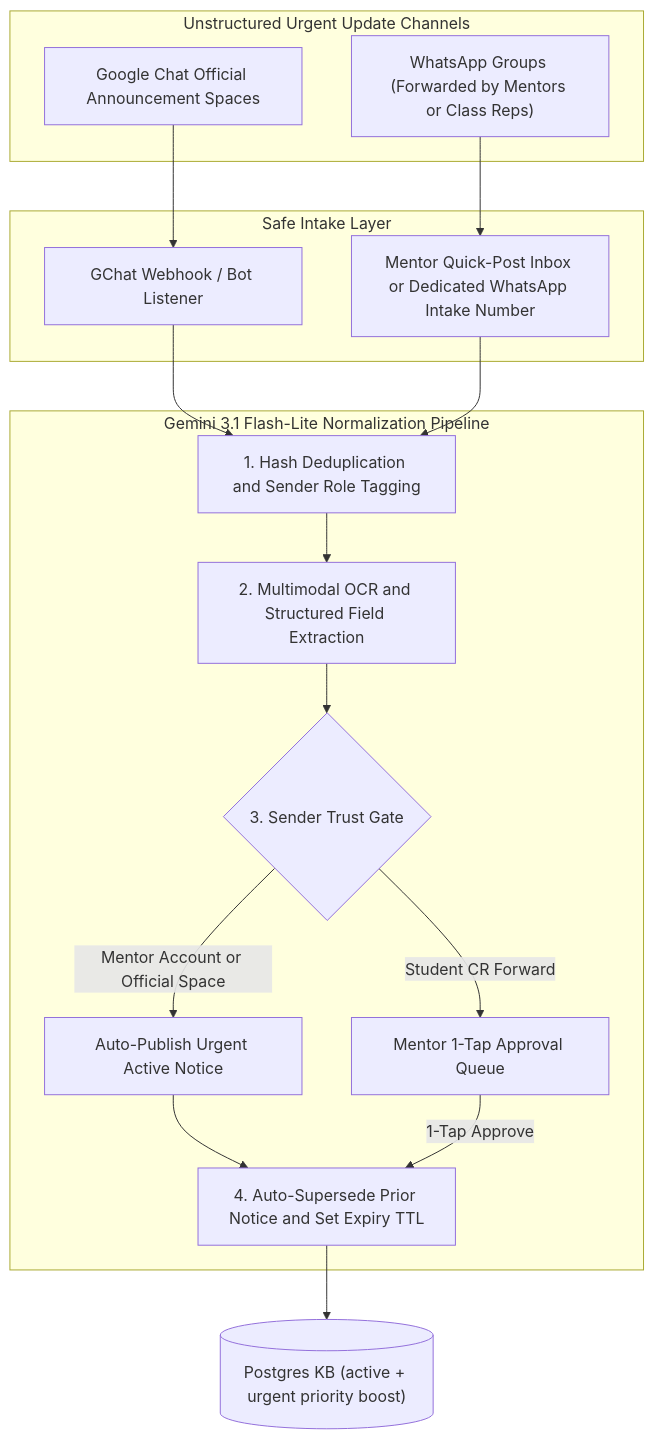
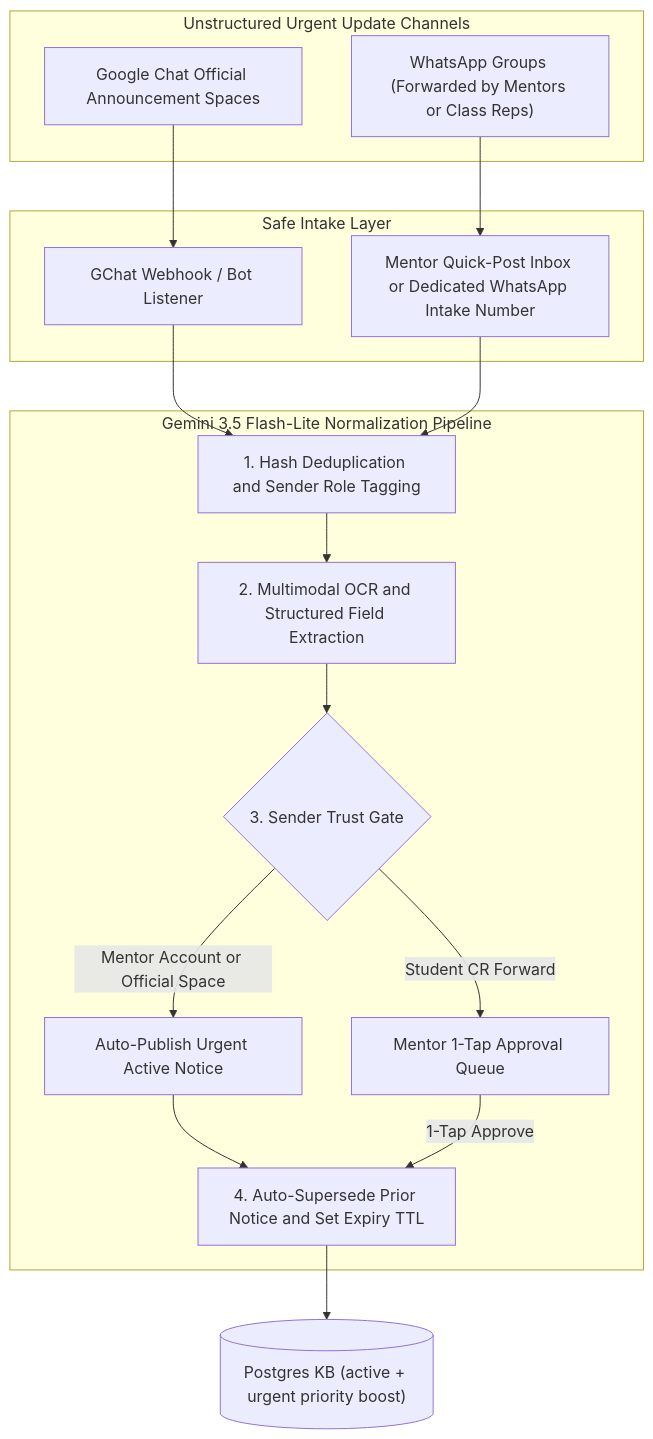
The first of 2 diagrams in docs/DATA_SOURCES.md (swarit-soni/infochat), drawn with Mermaid before and after one commit. The commit also changed other lines of this file and 12 other files, not shown here.

First line of the commit message:
feat(model): switch fixed LLM to Gemini 3.5 Flash-Lite (#17)

````diff
--- a/docs/DATA_SOURCES.md
+++ b/docs/DATA_SOURCES.md
@@ -119,30 +119,30 @@
 ```mermaid
 flowchart TD
     subgraph Channels["Unstructured Urgent Update Channels"]
         GC["Google Chat Official Announcement Spaces"]
         WA["WhatsApp Groups (Forwarded by Mentors or Class Reps)"]
     end
 
     subgraph Intake["Safe Intake Layer"]
         GCBOT["GChat Webhook / Bot Listener"]
         WAIN["Mentor Quick-Post Inbox or Dedicated WhatsApp Intake Number"]
     end
 
-    subgraph Pipeline["Gemini 3.1 Flash-Lite Normalization Pipeline"]
+    subgraph Pipeline["Gemini 3.5 Flash-Lite Normalization Pipeline"]
         DEDUPE["1. Hash Deduplication and Sender Role Tagging"]
         PARSE["2. Multimodal OCR and Structured Field Extraction"]
         TRUST{"3. Sender Trust Gate"}
         AUTO["Auto-Publish Urgent Active Notice"]
         QUEUE["Mentor 1-Tap Approval Queue"]
         TTL["4. Auto-Supersede Prior Notice and Set Expiry TTL"]
     end
 
     KB[("Postgres KB (active + urgent priority boost)")]
 
     GC --> GCBOT --> DEDUPE
     WA --> WAIN --> DEDUPE
     DEDUPE --> PARSE --> TRUST
     TRUST -->|"Mentor Account or Official Space"| AUTO --> TTL
     TRUST -->|"Student CR Forward"| QUEUE -->|"1-Tap Approve"| TTL
     TTL --> KB
 ```
````
